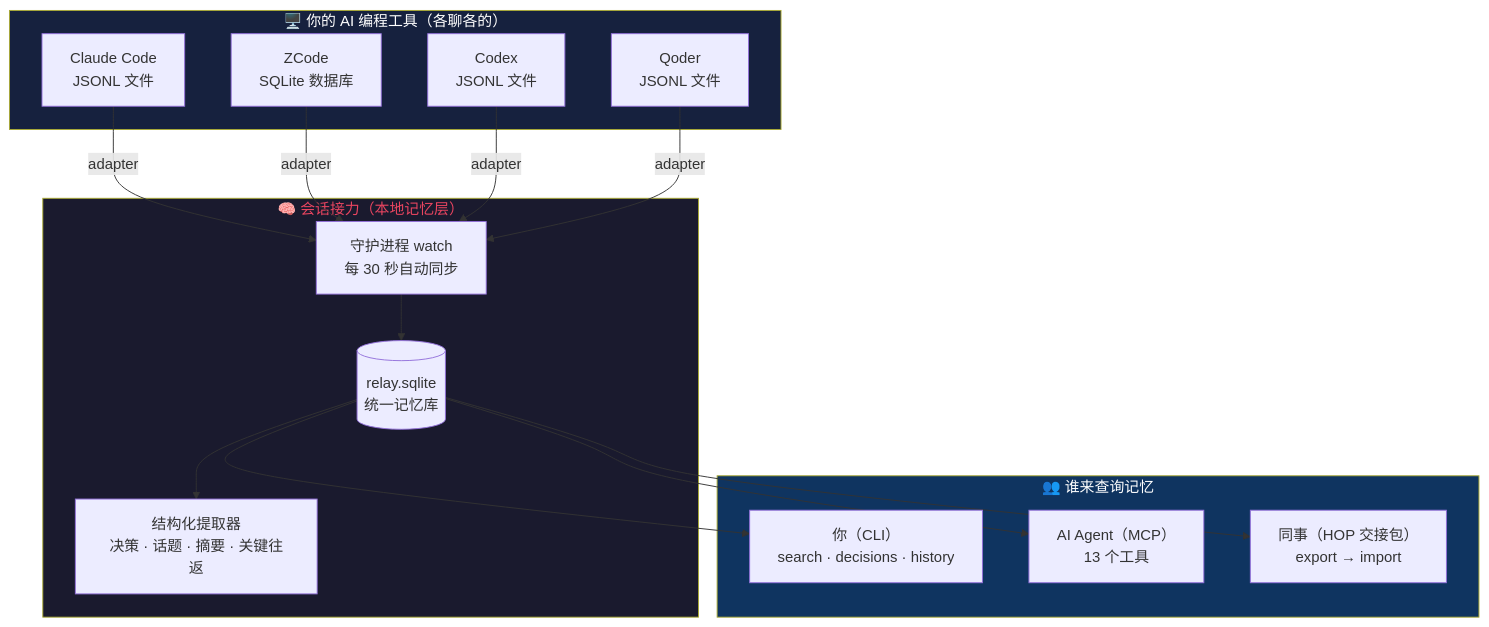
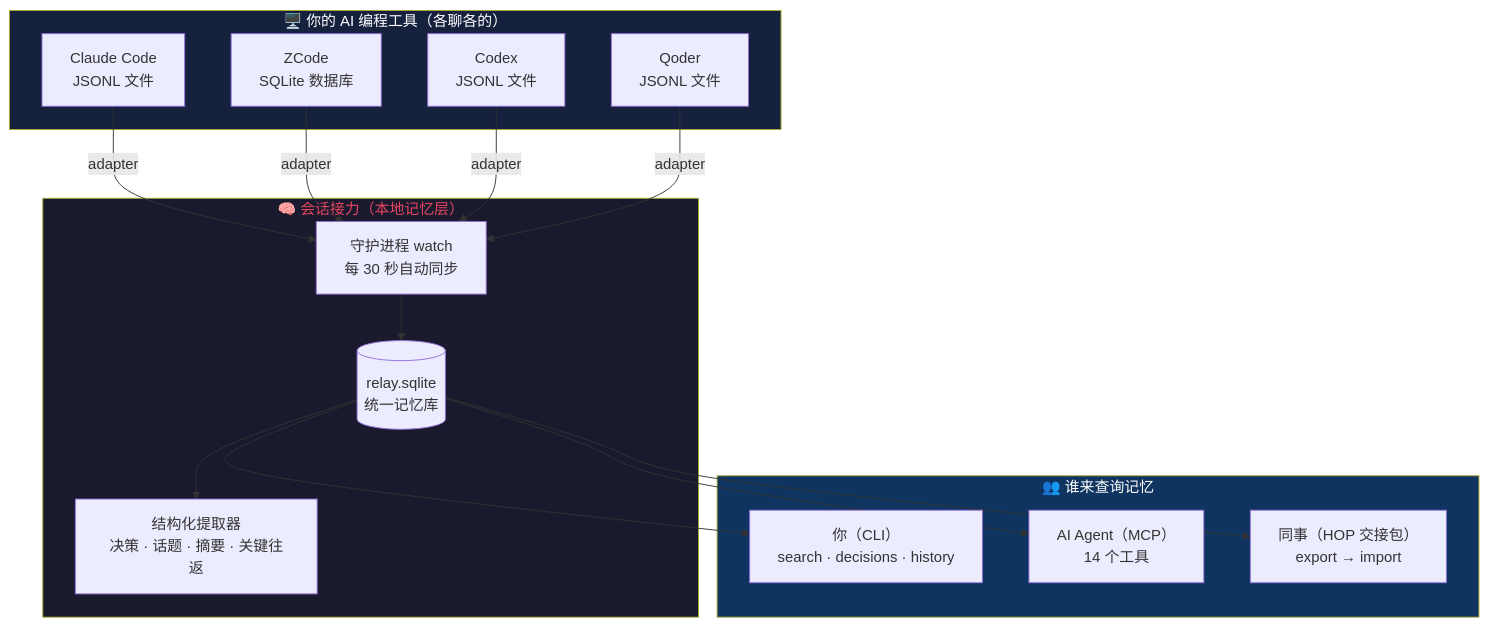
Before and after one commit to EwanJasper/SessionRelay: the first of 7 diagrams in docs/user-guide.md, drawn with Mermaid. The commit also changed other lines of this file and 21 other files, not shown here.

````diff
--- a/docs/user-guide.md
+++ b/docs/user-guide.md
@@ -10,35 +10,35 @@
 ```mermaid
 graph TB
     subgraph Sources["🖥️ 你的 AI 编程工具（各聊各的）"]
         CC["Claude Code<br/>JSONL 文件"]
         ZC["ZCode<br/>SQLite 数据库"]
         CX["Codex<br/>JSONL 文件"]
         QD["Qoder<br/>JSONL 文件"]
     end
 
     subgraph Relay["🧠 会话接力（本地记忆层）"]
         DAEMON["守护进程 watch<br/>每 30 秒自动同步"]
         DB[("relay.sqlite<br/>统一记忆库")]
         EXTRACT["结构化提取器<br/>决策 · 话题 · 摘要 · 关键往返"]
     end
 
     subgraph Consumers["👥 谁来查询记忆"]
         YOU["你（CLI）<br/>search · decisions · history"]
-        AGENT["AI Agent（MCP）<br/>13 个工具"]
+        AGENT["AI Agent（MCP）<br/>14 个工具"]
         TEAM["同事（HOP 交接包）<br/>export → import"]
     end
 
     CC -->|adapter| DAEMON
     ZC -->|adapter| DAEMON
     CX -->|adapter| DAEMON
     QD -->|adapter| DAEMON
     DAEMON --> DB
     DB --> EXTRACT
     DB --> YOU
     DB --> AGENT
     DB --> TEAM
 
     style Relay fill:#1a1a2e,color:#e94560
     style Sources fill:#16213e,color:#fff
     style Consumers fill:#0f3460,color:#fff
 ```
````
